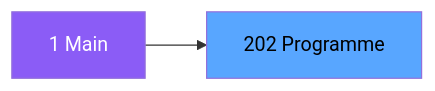
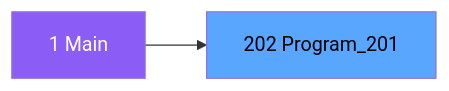
The second of 3 diagrams in .openspec/specs/ADH-IDE-202.md (thonyAGP/magic-migration), drawn with Mermaid before and after one commit. The commit also changed other lines of this file and 323 other files, not shown here.

````diff
--- a/.openspec/specs/ADH-IDE-202.md
+++ b/.openspec/specs/ADH-IDE-202.md
@@ -98,8 +105,8 @@
 ```mermaid
 graph LR
     M[1 Main]
-    T[202 Programme]
+    T[202 Program_201]
     M --> T
     style M fill:#8b5cf6,color:#fff
     style T fill:#58a6ff,color:#000
 ```
````
